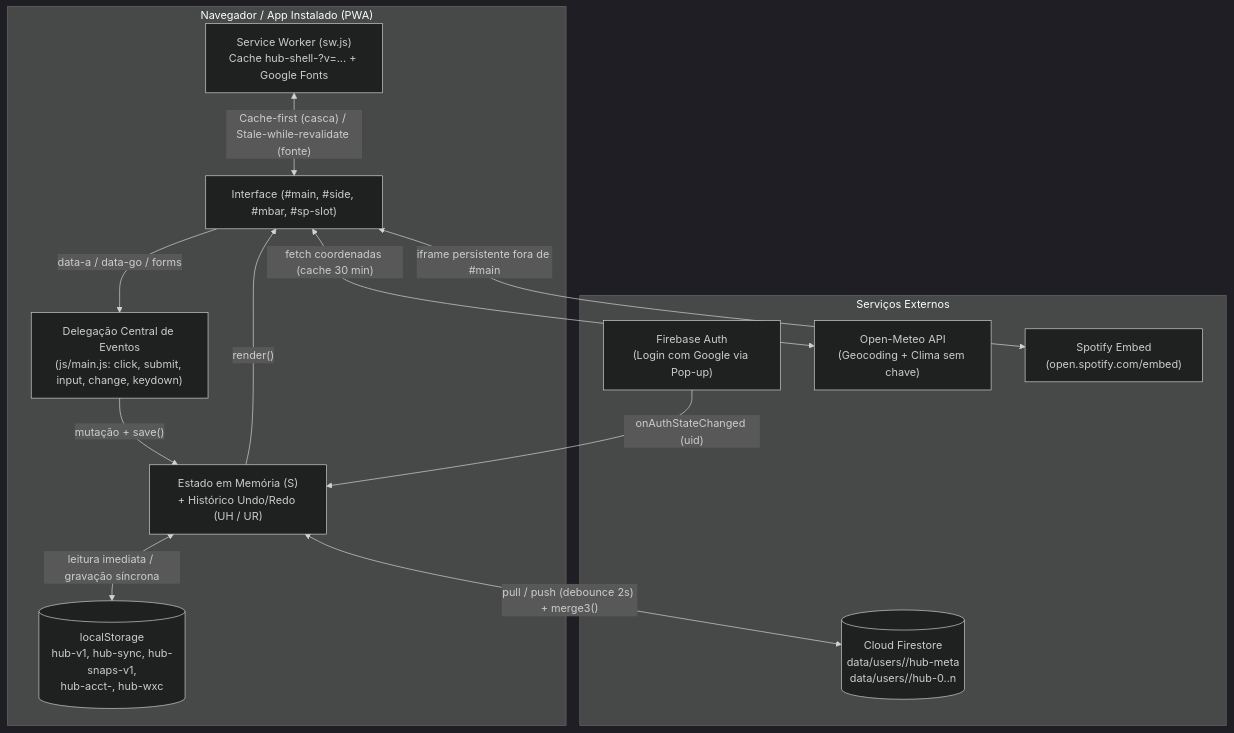
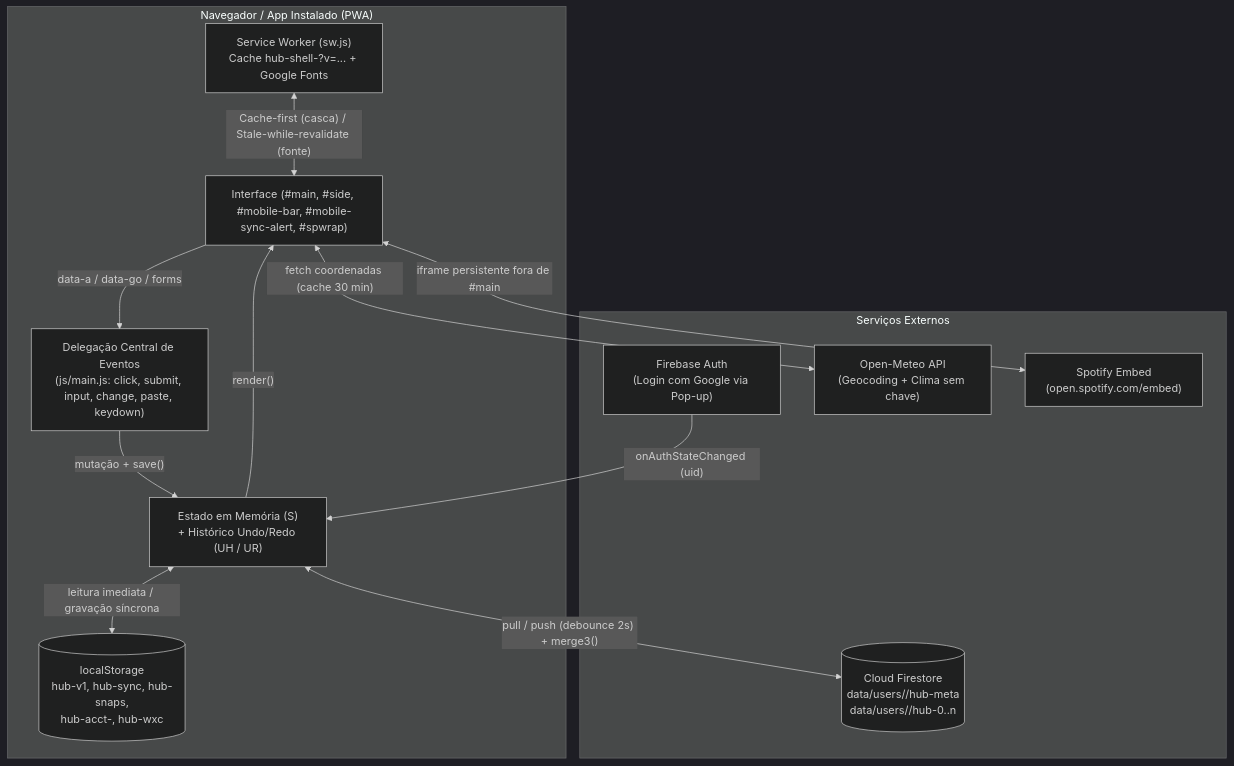
The first of 4 diagrams in ARCHITECTURE.md (vitoriapac/MeuHub), drawn with Mermaid (dark theme) before and after one commit. The commit also changed other lines of this file and 15 other files, not shown here.

````diff
--- a/ARCHITECTURE.md
+++ b/ARCHITECTURE.md
@@ -16,27 +16,27 @@
 ```mermaid
 flowchart TB
     subgraph Browser["Navegador / App Instalado (PWA)"]
-        UI["Interface (#main, #side, #mbar, #sp-slot)"]
-        Events["Delegação Central de Eventos\n(js/main.js: click, submit, input, change, keydown)"]
+        UI["Interface (#main, #side, #mobile-bar, #mobile-sync-alert, #spwrap)"]
+        Events["Delegação Central de Eventos\n(js/main.js: click, submit, input, change, paste, keydown)"]
         State["Estado em Memória (S)\n+ Histórico Undo/Redo (UH / UR)"]
-        LS[("localStorage\nhub-v1, hub-sync, hub-snaps-v1,\nhub-acct-<uid>, hub-wxc")]
+        LS[("localStorage\nhub-v1, hub-sync, hub-snaps,\nhub-acct-<uid>, hub-wxc")]
         SW["Service Worker (sw.js)\nCache hub-shell-?v=... + Google Fonts"]
     end
 
     subgraph Cloud["Serviços Externos"]
         Auth["Firebase Auth\n(Login com Google via Pop-up)"]
         FS[("Cloud Firestore\ndata/users/<uid>/hub-meta\ndata/users/<uid>/hub-0..n")]
         Meteo["Open-Meteo API\n(Geocoding + Clima sem chave)"]
         Spotify["Spotify Embed\n(open.spotify.com/embed)"]
     end
 
     UI -->|"data-a / data-go / forms"| Events
     Events -->|"mutação + save()"| State
     State -->|"render()"| UI
     State <-->|"leitura imediata / gravação síncrona"| LS
     State <-->|"pull / push (debounce 2s) + merge3()"| FS
     Auth -->|"onAuthStateChanged (uid)"| State
     SW <-->|"Cache-first (casca) / Stale-while-revalidate (fonte)"| UI
     UI <-->|"fetch coordenadas (cache 30 min)"| Meteo
     UI <-->|"iframe persistente fora de #main"| Spotify
 ```
````
